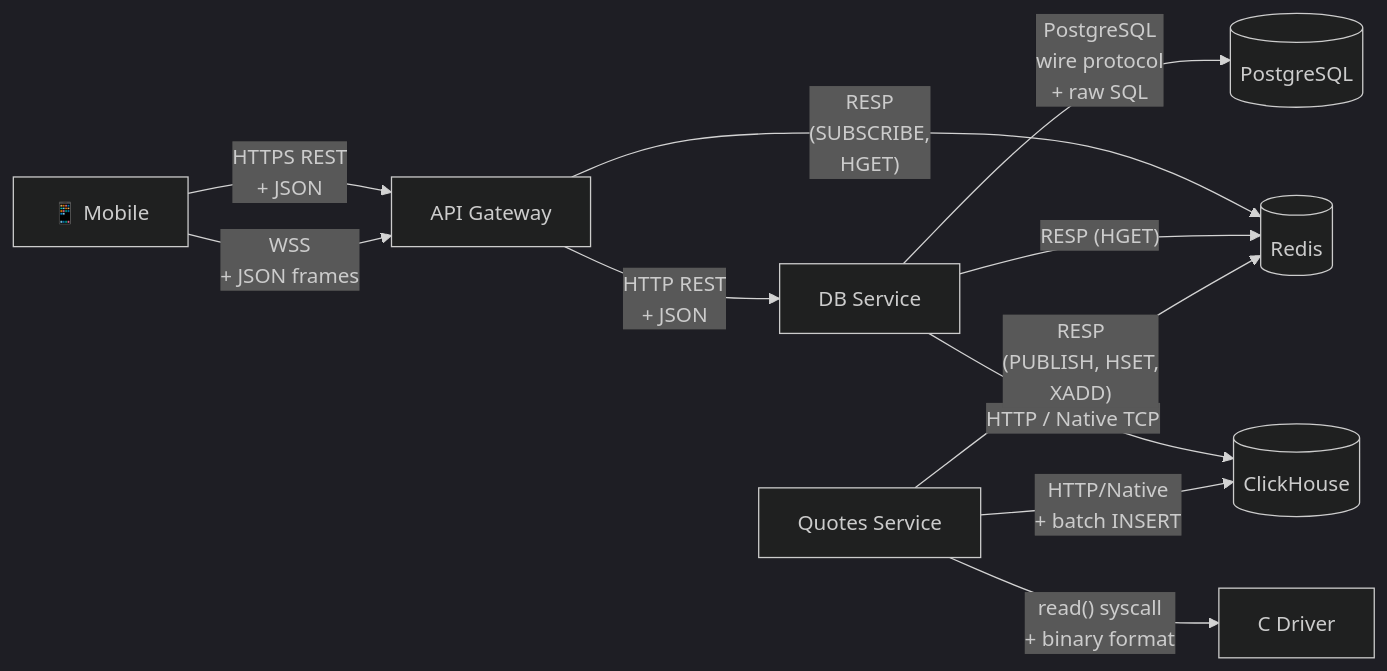
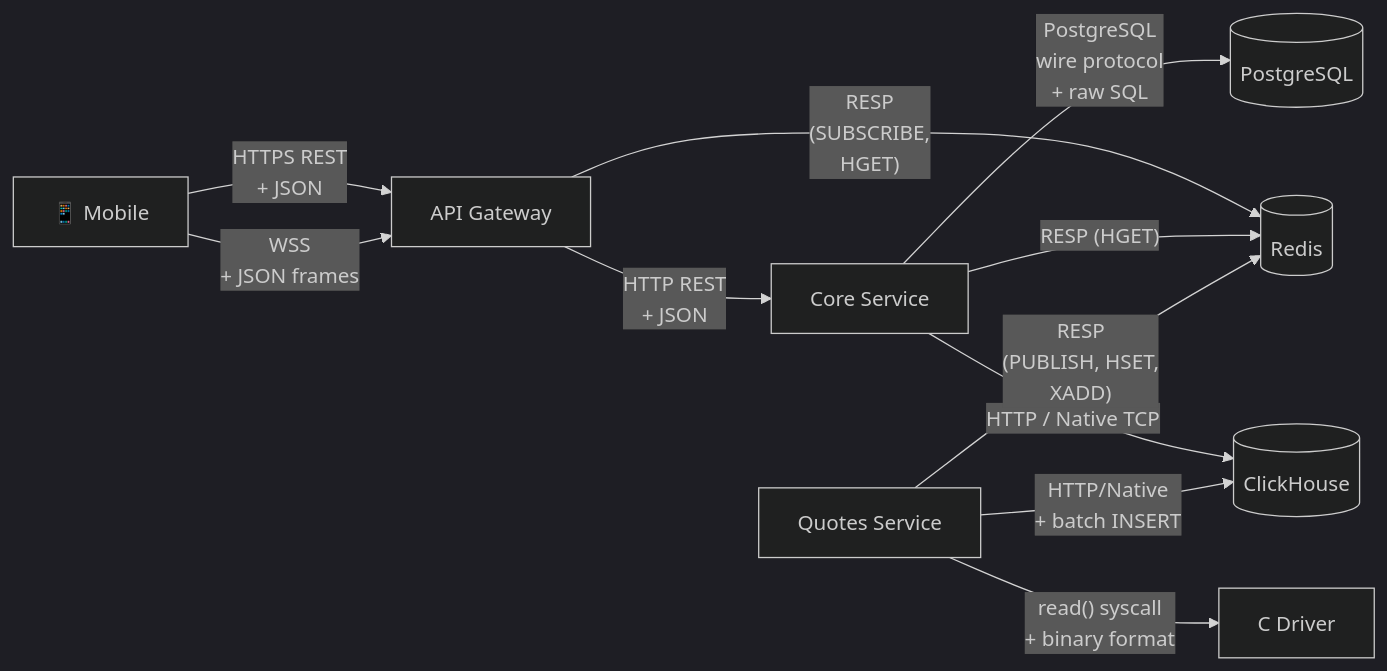
Before and after one commit to r4m63/Stockyard: the first of 2 diagrams in docs/architecture/05-communication.md, drawn with Mermaid (dark theme). The commit also changed other lines of this file and 26 other files, not shown here.

First line of the commit message:
docs(arch): add storage operations, ADRs 007-009, rename DB Service to Core Service

````diff
--- a/docs/architecture/05-communication.md
+++ b/docs/architecture/05-communication.md
@@ -11,25 +11,25 @@
 ```mermaid
 graph LR
     Mobile["📱 Mobile"]
     GW["API Gateway"]
-    DBSvc["DB Service"]
+    CoreSvc["Core Service"]
     QSvc["Quotes Service"]
     Drv["C Driver"]
     PG[("PostgreSQL")]
     Rds[("Redis")]
     CH[("ClickHouse")]
 
     Mobile -->|"HTTPS REST<br/>+ JSON"| GW
     Mobile -->|"WSS<br/>+ JSON frames"| GW
 
-    GW -->|"HTTP REST<br/>+ JSON"| DBSvc
+    GW -->|"HTTP REST<br/>+ JSON"| CoreSvc
     GW -->|"RESP<br/>(SUBSCRIBE,<br/>HGET)"| Rds
 
-    DBSvc -->|"PostgreSQL<br/>wire protocol<br/>+ raw SQL"| PG
-    DBSvc -->|"RESP (HGET)"| Rds
-    DBSvc -->|"HTTP / Native TCP"| CH
+    CoreSvc -->|"PostgreSQL<br/>wire protocol<br/>+ raw SQL"| PG
+    CoreSvc -->|"RESP (HGET)"| Rds
+    CoreSvc -->|"HTTP / Native TCP"| CH
 
     QSvc -->|"read() syscall<br/>+ binary format"| Drv
     QSvc -->|"RESP<br/>(PUBLISH, HSET,<br/>XADD)"| Rds
     QSvc -->|"HTTP/Native<br/>+ batch INSERT"| CH
 ```
````
